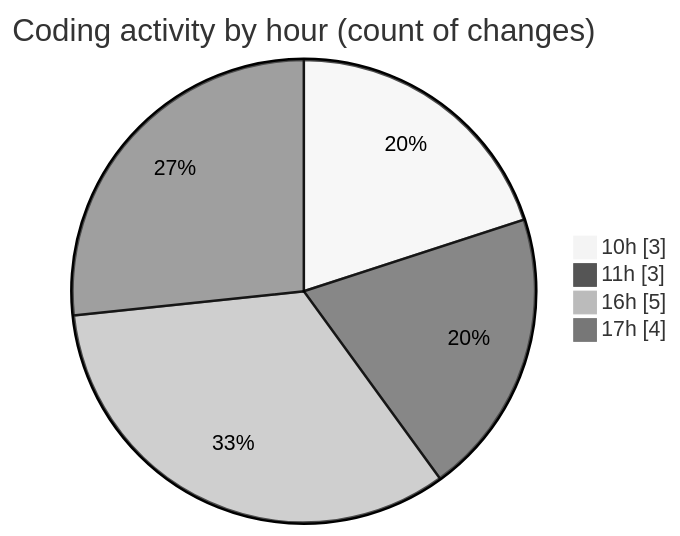
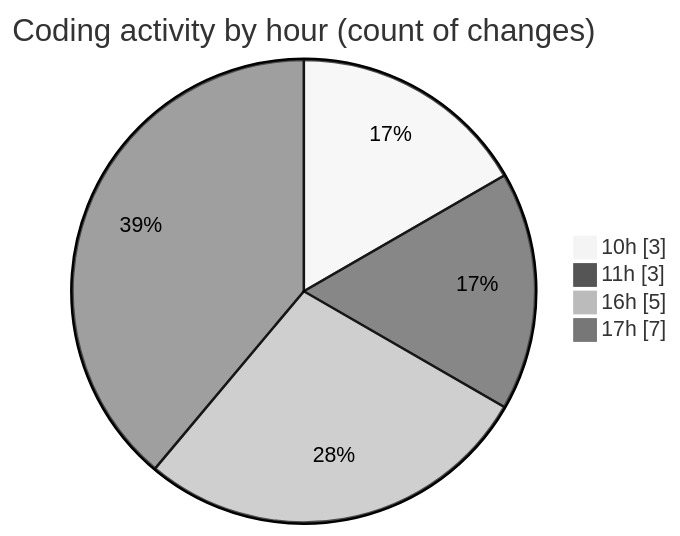
Before and after one commit to charlie-sans/code-tracking: the second of 2 diagrams in 2025-02-26/micros/README.md, drawn with Mermaid (neutral theme). The commit also changed other lines of this file and 1 other file, not shown here.

````diff
--- a/2025-02-26/micros/README.md
+++ b/2025-02-26/micros/README.md
@@ -31,8 +31,8 @@
 ```mermaid
 pie showData
 title Coding activity by hour (count of changes)
 "10h" : 3
 "11h" : 3
 "16h" : 5
-"17h" : 4
+"17h" : 7
 ```
````
